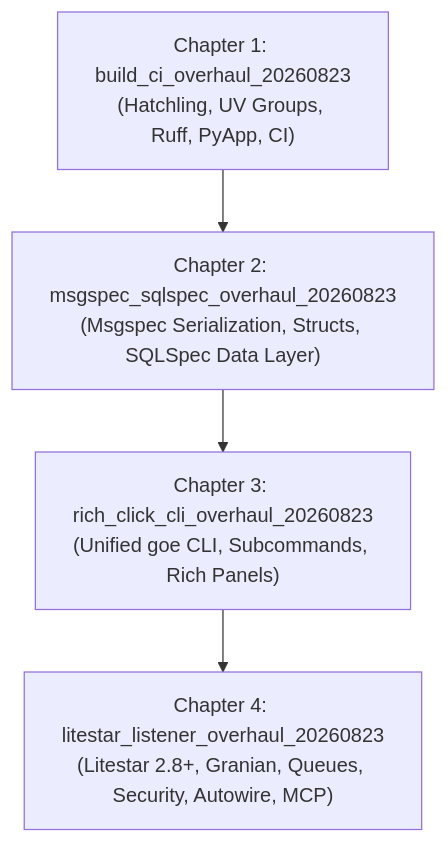
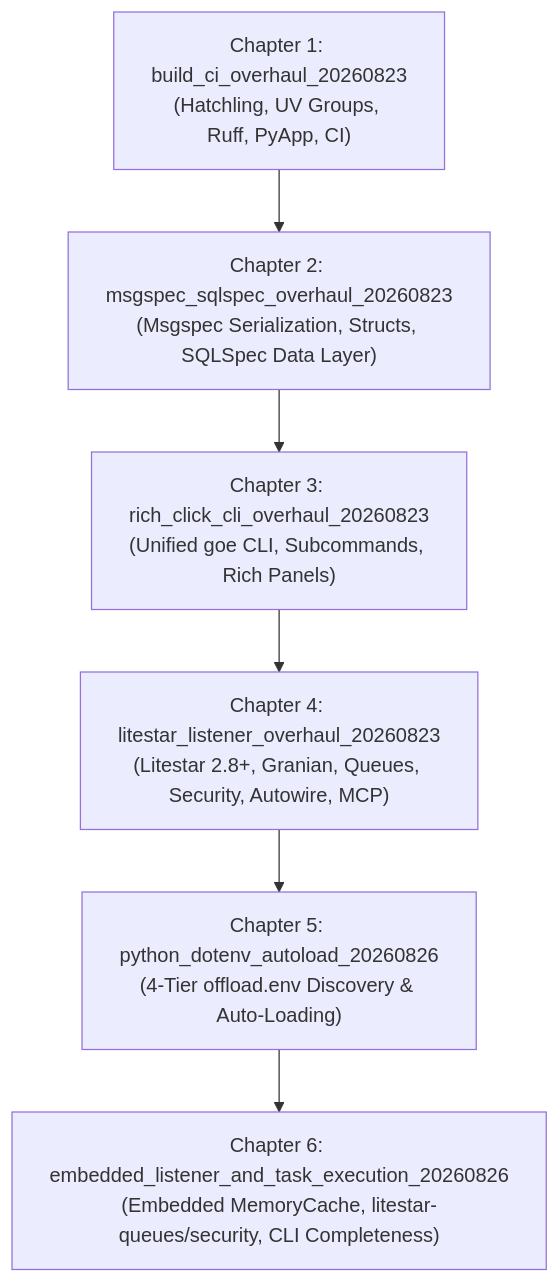
One commit to cofin/goe changed the diagram in .agents/bundles/specs/modernization_overhaul_20260823/spec.md. Above: the diagram before and after it, drawn with Mermaid. The commit also changed other lines of this file and 185 other files, not shown here.

First line of the commit message:
feat(config,cli,listener): dotenv discovery, CLI parity, schema alignment, and startup optimization (#7)

````diff
--- a/.agents/bundles/specs/modernization_overhaul_20260823/spec.md
+++ b/.agents/bundles/specs/modernization_overhaul_20260823/spec.md
@@ -29,6 +35,8 @@
 ```mermaid
 flowchart TD
     C1["Chapter 1: build_ci_overhaul_20260823\n(Hatchling, UV Groups, Ruff, PyApp, CI)"] --> C2["Chapter 2: msgspec_sqlspec_overhaul_20260823\n(Msgspec Serialization, Structs, SQLSpec Data Layer)"]
     C2 --> C3["Chapter 3: rich_click_cli_overhaul_20260823\n(Unified goe CLI, Subcommands, Rich Panels)"]
     C3 --> C4["Chapter 4: litestar_listener_overhaul_20260823\n(Litestar 2.8+, Granian, Queues, Security, Autowire, MCP)"]
+    C4 --> C5["Chapter 5: python_dotenv_autoload_20260826\n(4-Tier offload.env Discovery & Auto-Loading)"]
+    C5 --> C6["Chapter 6: embedded_listener_and_task_execution_20260826\n(Embedded MemoryCache, litestar-queues/security, CLI Completeness)"]
 ```
````
